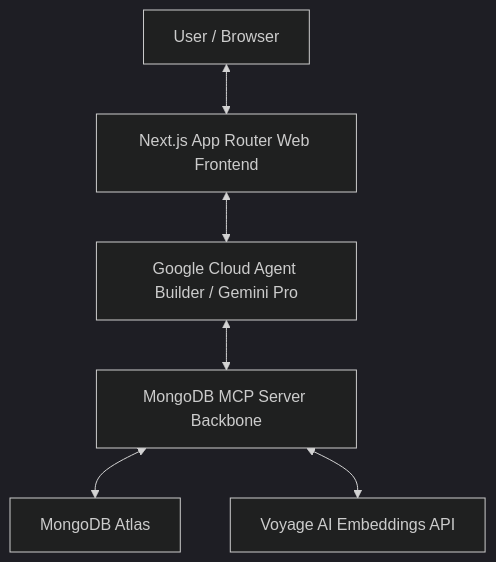
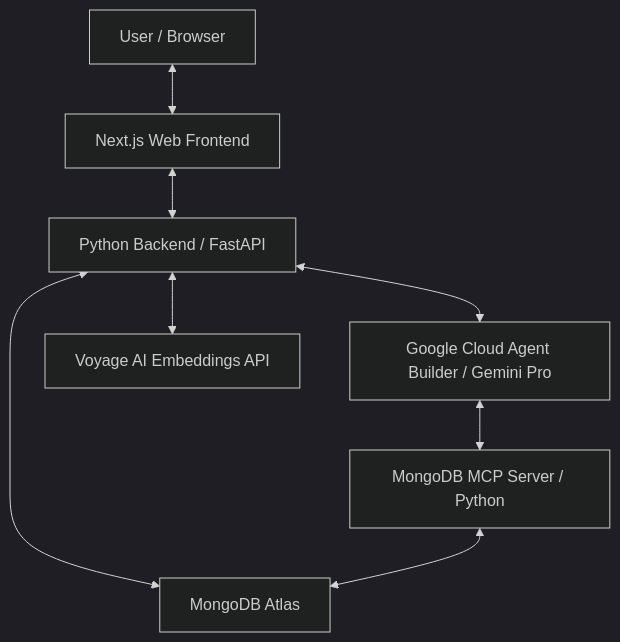
The fifth of 6 diagrams in docs/product/System-Analysis.md (tanvihang/project-mini-map), drawn with Mermaid (dark theme) before and after one commit. The commit also changed other lines of this file and 5 other files, not shown here.

Commit message:
docs: update document from next js to Python

````diff
--- a/docs/product/System-Analysis.md
+++ b/docs/product/System-Analysis.md
@@ -374,8 +374,10 @@
 ```mermaid
 graph TD
-  User[User / Browser] <--> NextJS[Next.js App Router Web Frontend]
-  NextJS <--> AgentBuilder[Google Cloud Agent Builder / Gemini Pro]
-  AgentBuilder <--> MCPServer[MongoDB MCP Server Backbone]
-  MCPServer <--> MongoDB[MongoDB Atlas]
-  MCPServer <--> VoyageAI[Voyage AI Embeddings API]
+  User[User / Browser] <--> NextJS[Next.js Web Frontend]
+  NextJS <--> Backend[Python Backend / FastAPI]
+  Backend <--> AgentBuilder[Google Cloud Agent Builder / Gemini Pro]
+  Backend <--> MongoDB[MongoDB Atlas]
+  AgentBuilder <--> MCPServer[MongoDB MCP Server / Python]
+  MCPServer <--> MongoDB
+  Backend <--> VoyageAI[Voyage AI Embeddings API]
 ```
````
